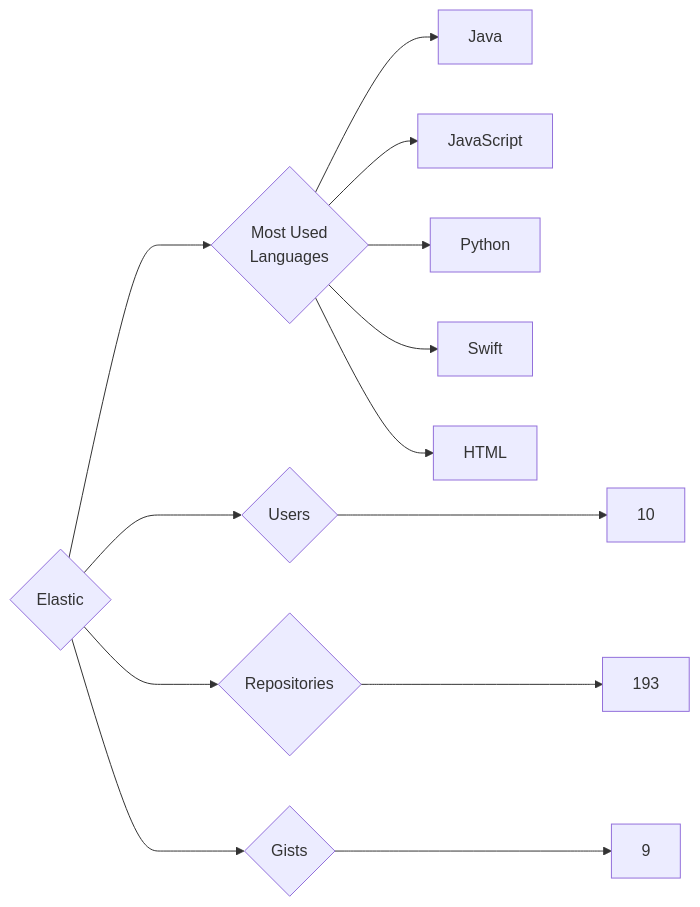
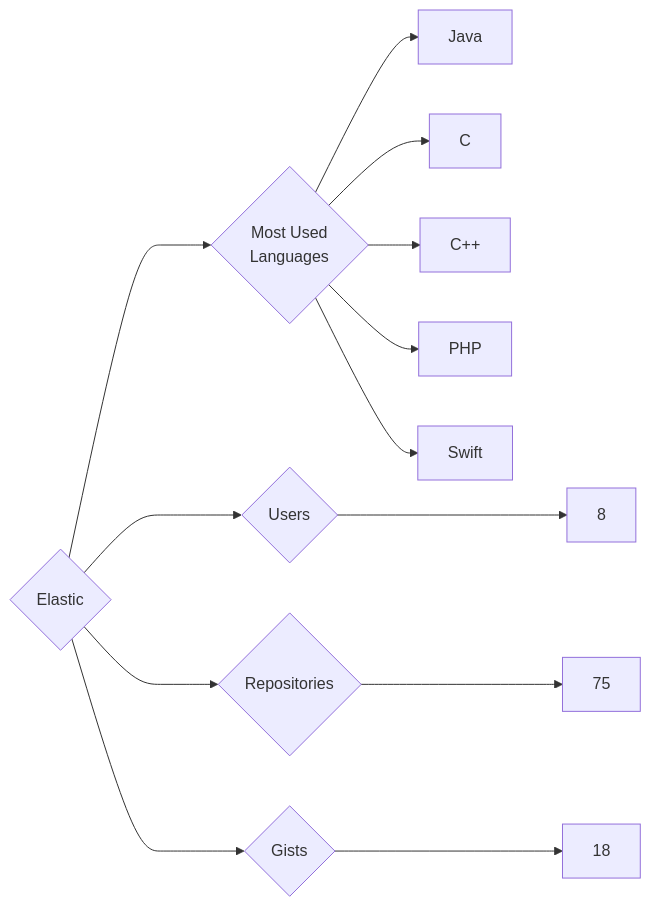
The diagram in targets/Elastic/README.md (trickest/insiders), drawn with Mermaid before and after one commit. The commit also changed 1089 other files, not shown here.

````diff
--- a/targets/Elastic/README.md
+++ b/targets/Elastic/README.md
@@ -3,13 +3,13 @@
 ```mermaid
 graph LR
 COMPANY_NAME{Elastic}
-COMPANY_NAME ---> U{Users} ---> UN[10]
-COMPANY_NAME ---> R{Repositories} ---> RN[193]
-COMPANY_NAME ---> G{Gists} ---> GN[9]
+COMPANY_NAME ---> U{Users} ---> UN[8]
+COMPANY_NAME ---> R{Repositories} ---> RN[75]
+COMPANY_NAME ---> G{Gists} ---> GN[18]
 COMPANY_NAME ---> ML{Most Used<br>Languages}
 ML --> Java[Java]
-ML --> JavaScript[JavaScript]
-ML --> Python[Python]
+ML --> C[C]
+ML --> C++[C++]
+ML --> PHP[PHP]
 ML --> Swift[Swift]
-ML --> HTML[HTML]
 ```
````
